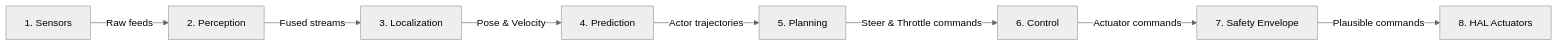
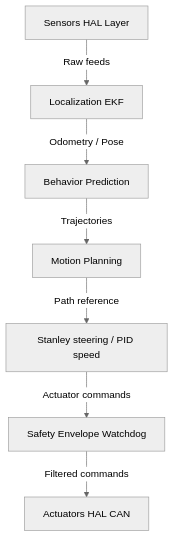
One commit to dayashimoga/udos changed the third of 3 diagrams in PROJECT_BRAIN.md. Above: the diagram before and after it, drawn with Mermaid (neutral theme). The commit also changed other lines of this file and 14 other files, not shown here.

````diff
--- a/PROJECT_BRAIN.md
+++ b/PROJECT_BRAIN.md
@@ -2675,10 +295,9 @@
 ```mermaid
-graph LR
-    Sensors[1. Sensors] -->|Raw feeds| Perception[2. Perception]
-    Perception -->|Fused streams| Localization[3. Localization]
-    Localization -->|Pose & Velocity| Prediction[4. Prediction]
-    Prediction -->|Actor trajectories| Planning[5. Planning]
-    Planning -->|Steer & Throttle commands| Control[6. Control]
-    Control -->|Actuator commands| Safety[7. Safety Envelope]
-    Safety -->|Plausible commands| HAL[8. HAL Actuators]
+graph TD
+    Sensors[Sensors HAL Layer] -->|Raw feeds| Localization[Localization EKF]
+    Localization -->|Odometry / Pose| Prediction[Behavior Prediction]
+    Prediction -->|Trajectories| Planning[Motion Planning]
+    Planning -->|Path reference| Control[Stanley steering / PID speed]
+    Control -->|Actuator commands| Safety[Safety Envelope Watchdog]
+    Safety -->|Filtered commands| Actuators[Actuators HAL CAN]
 ```
````
